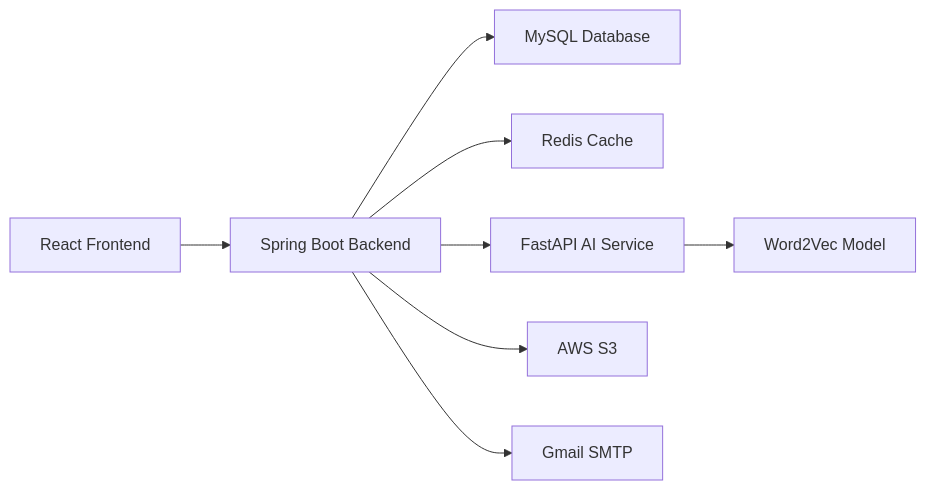
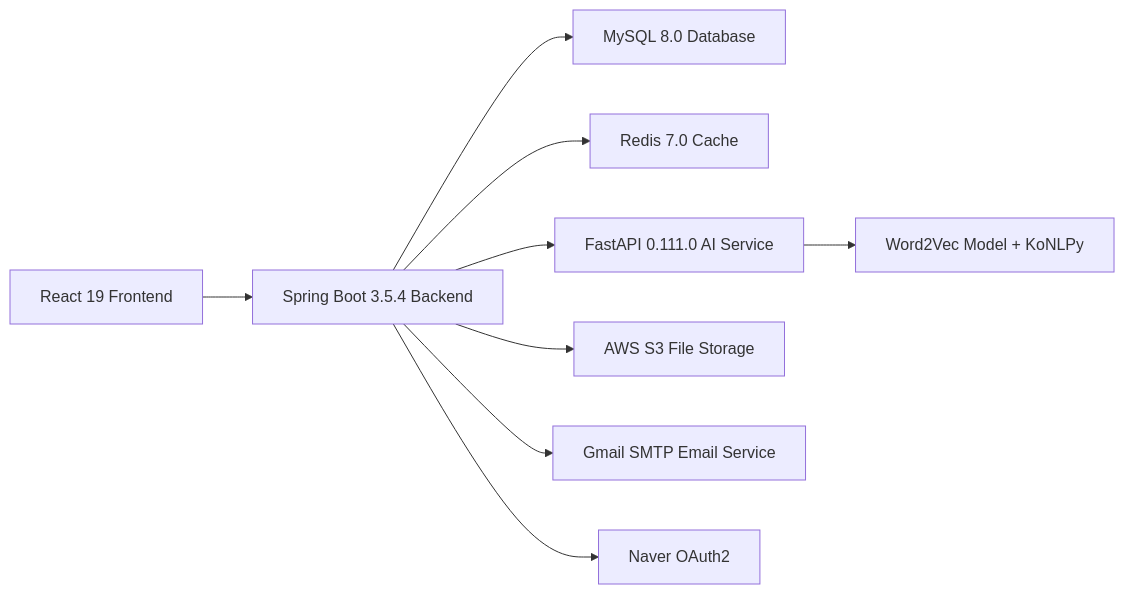
One commit to eunchaipark/Memory_Forest_eunchai changed the diagram in docs/02_요구사항_정의서.md. Above: the diagram before and after it, drawn with Mermaid. The commit also changed other lines of this file and 2 other files, not shown here.

````diff
--- a/docs/02_요구사항_정의서.md
+++ b/docs/02_요구사항_정의서.md
@@ -27,10 +27,11 @@
 ```mermaid
 graph LR
-    A[React Frontend] --> B[Spring Boot Backend]
-    B --> C[MySQL Database]
-    B --> D[Redis Cache]
-    B --> E[FastAPI AI Service]
-    E --> F[Word2Vec Model]
-    B --> G[AWS S3]
-    B --> H[Gmail SMTP]
+    A[React 19 Frontend] --> B[Spring Boot 3.5.4 Backend]
+    B --> C[MySQL 8.0 Database]
+    B --> D[Redis 7.0 Cache]
+    B --> E[FastAPI 0.111.0 AI Service]
+    E --> F[Word2Vec Model + KoNLPy]
+    B --> G[AWS S3 File Storage]
+    B --> H[Gmail SMTP Email Service]
+    B --> I[Naver OAuth2]
 ```
````
